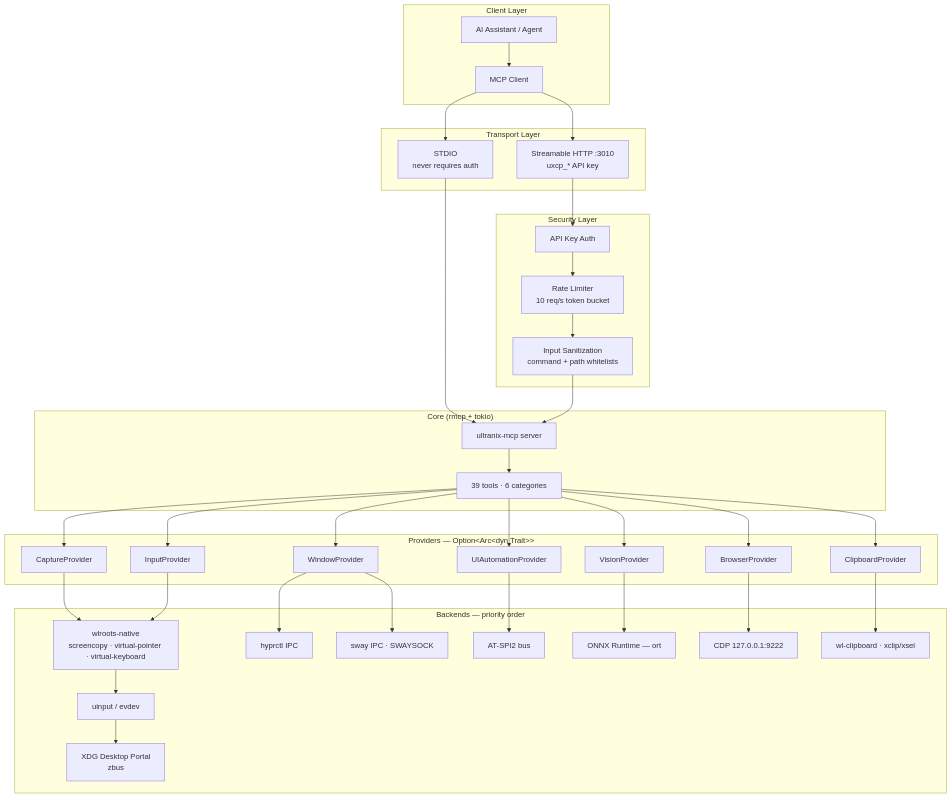
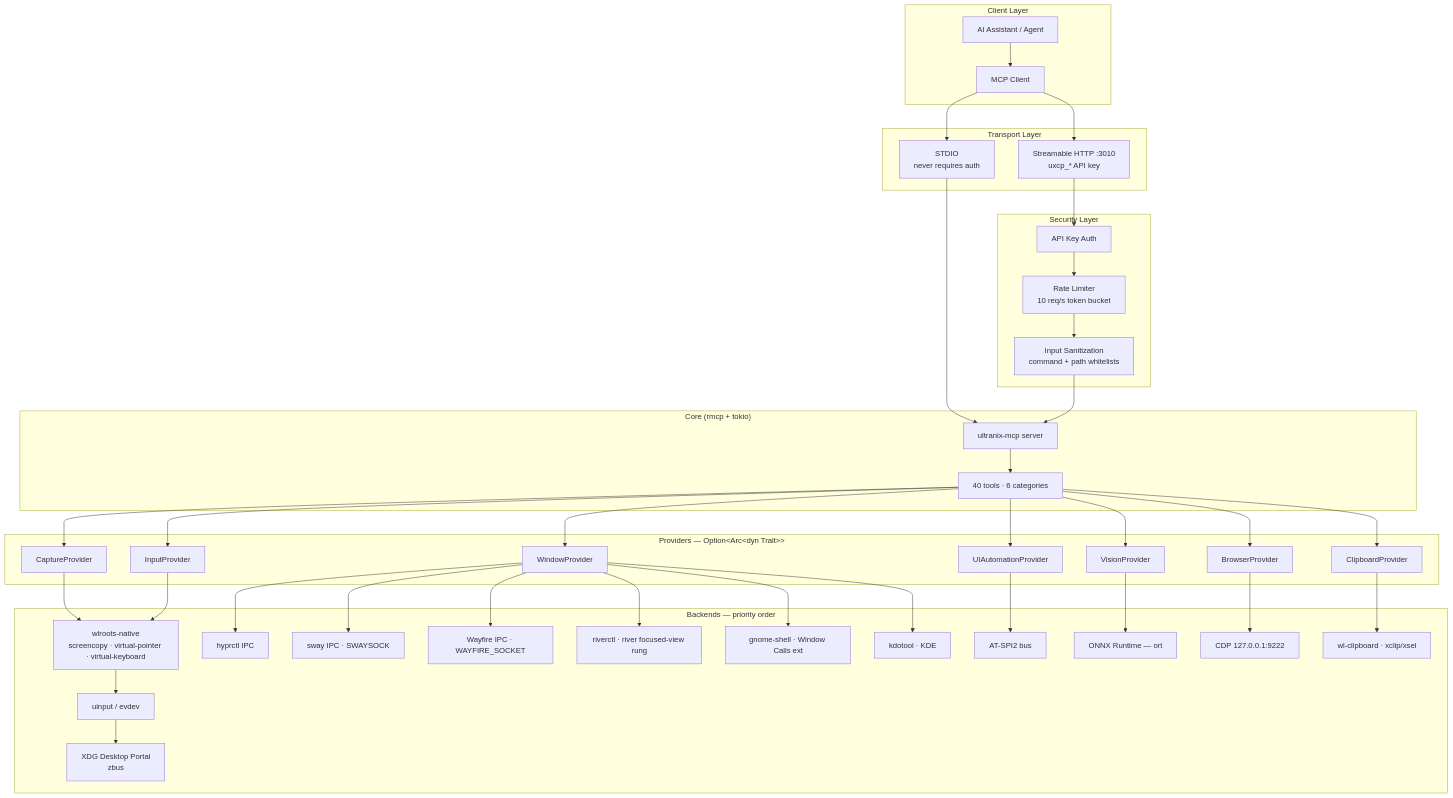
The diagram in README.md (jxoesneon/ultranix-mcp), drawn with Mermaid before and after one commit. The commit also changed other lines of this file and 53 other files, not shown here.

````diff
--- a/README.md
+++ b/README.md
@@ -129,67 +150,75 @@
 ```mermaid
 graph TB
     subgraph "Client Layer"
         AI[AI Assistant / Agent]
         MCP[MCP Client]
     end
 
     subgraph "Transport Layer"
         STDIO[STDIO<br/>never requires auth]
         HTTP[Streamable HTTP :3010<br/>uxcp_* API key]
     end
 
     subgraph "Security Layer"
         AUTH[API Key Auth]
         RATE[Rate Limiter<br/>10 req/s token bucket]
         SAN[Input Sanitization<br/>command + path whitelists]
     end
 
     subgraph "Core (rmcp + tokio)"
         SERVER[ultranix-mcp server]
-        TOOLS[39 tools · 6 categories]
+        TOOLS[40 tools · 6 categories]
     end
 
     subgraph "Providers — Option&lt;Arc&lt;dyn Trait&gt;&gt;"
         CAP[CaptureProvider]
         INP[InputProvider]
         UIA[UIAutomationProvider]
         WIN[WindowProvider]
         VIS[VisionProvider]
         BRW[BrowserProvider]
         CLIP[ClipboardProvider]
     end
 
     subgraph "Backends — priority order"
         WLR[wlroots-native<br/>screencopy · virtual-pointer · virtual-keyboard]
         UIN[uinput / evdev]
         PORTAL[XDG Desktop Portal<br/>zbus]
         HYPR[hyprctl IPC]
         SWAY[sway IPC · SWAYSOCK]
+        WF[Wayfire IPC · WAYFIRE_SOCKET]
+        RIV[riverctl · river focused-view rung]
+        GS[gnome-shell · Window Calls ext]
+        KDOT[kdotool · KDE]
         ATSPI[AT-SPI2 bus]
         ORT[ONNX Runtime — ort]
         CDP[CDP 127.0.0.1:9222]
         WLC[wl-clipboard · xclip/xsel]
     end
 
     AI --> MCP
     MCP --> STDIO
     MCP --> HTTP
     STDIO --> SERVER
     HTTP --> AUTH --> RATE --> SAN --> SERVER
     SERVER --> TOOLS
     TOOLS --> CAP
     TOOLS --> INP
     TOOLS --> UIA
     TOOLS --> WIN
     TOOLS --> VIS
     TOOLS --> BRW
     TOOLS --> CLIP
     CAP --> WLR
     INP --> WLR --> UIN --> PORTAL
     WIN --> HYPR
     WIN --> SWAY
+    WIN --> WF
+    WIN --> RIV
+    WIN --> GS
+    WIN --> KDOT
     UIA --> ATSPI
     VIS --> ORT
     BRW --> CDP
     CLIP --> WLC
 ```
````
